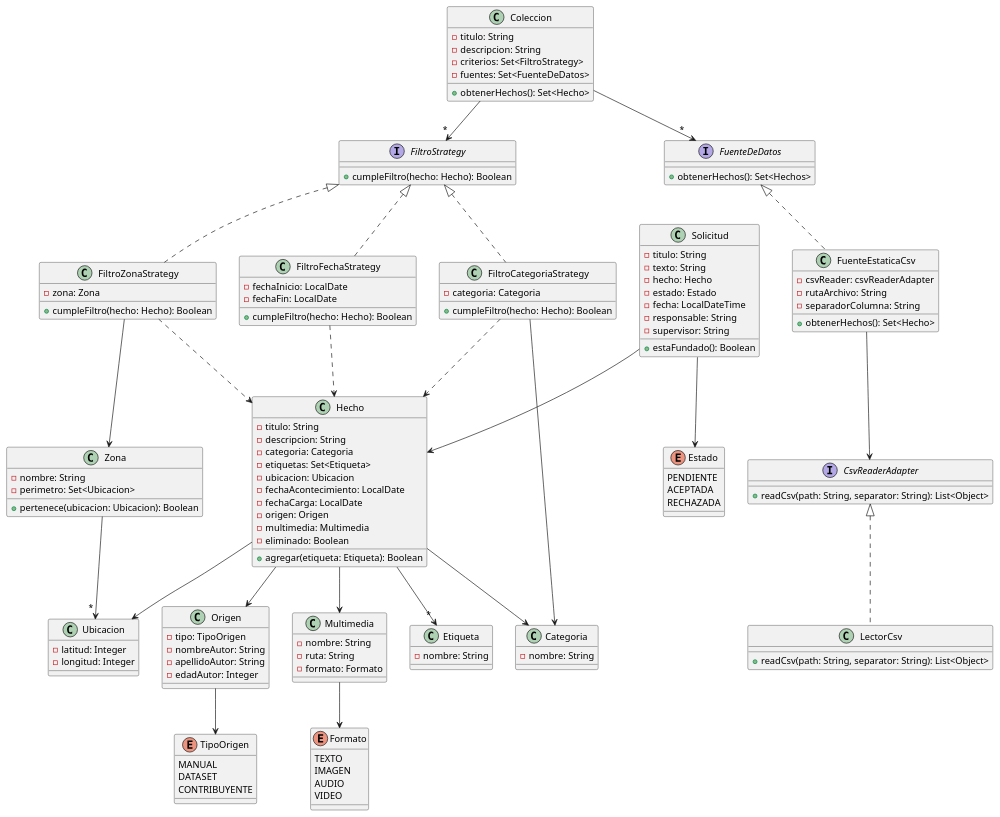
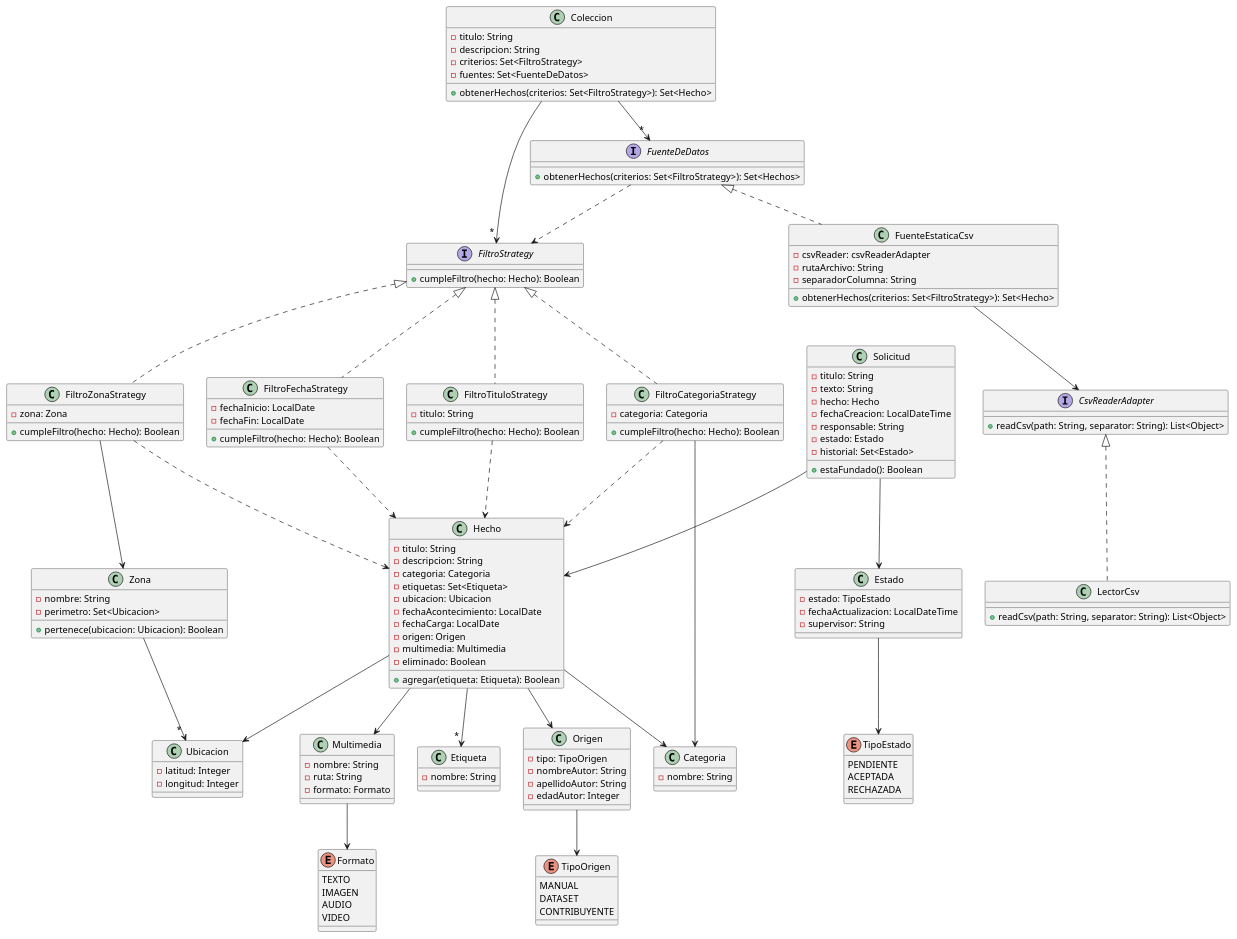
Before and after one commit to Leo-de-Riv3r/2025-tpa-ma-ma-grupo-02-deploy: the diagram in docs/diagrama_de_clases.puml, drawn with PlantUML.

Commit message:
añado historial estado para solicitud

```diff
--- a/docs/diagrama_de_clases.puml
+++ b/docs/diagrama_de_clases.puml
@@ -10,154 +10,170 @@
 @startuml
 'https://plantuml.com/class-diagram
 
 Multimedia --> Formato
 
 Hecho --> Categoria
 Hecho --> " * " Etiqueta
 Hecho --> Ubicacion
 Hecho --> Origen
 Hecho --> Multimedia
 
 Zona --> " * " Ubicacion
 
 Origen --> TipoOrigen
 
 FiltroZonaStrategy --> Zona
 FiltroCategoriaStrategy --> Categoria
 
+FiltroTituloStrategy ..> Hecho
 FiltroCategoriaStrategy ..> Hecho
 FiltroFechaStrategy ..> Hecho
 FiltroZonaStrategy ..> Hecho
 
 Coleccion --> " * " FiltroStrategy
 Coleccion --> " * " FuenteDeDatos
 
+Estado --> TipoEstado
+
 Solicitud --> Hecho
 Solicitud --> Estado
+
+FuenteDeDatos ..> FiltroStrategy
 
 FuenteEstaticaCsv --> CsvReaderAdapter
 
 class Categoria {
     - nombre: String
 }
 
 class Etiqueta {
     - nombre: String
 }
 
 class Ubicacion {
     - latitud: Integer
     - longitud: Integer
 }
 
 class Origen {
     - tipo: TipoOrigen
     - nombreAutor: String
     - apellidoAutor: String
     - edadAutor: Integer
 }
 
 enum TipoOrigen {
     MANUAL
     DATASET
     CONTRIBUYENTE
 }
 
 enum Formato {
     TEXTO
     IMAGEN
     AUDIO
     VIDEO
 }
 
 class Multimedia {
     - nombre: String
     - ruta: String
     - formato: Formato
 }
 
 class Hecho {
     - titulo: String
     - descripcion: String
     - categoria: Categoria
     - etiquetas: Set<Etiqueta>
     - ubicacion: Ubicacion
     - fechaAcontecimiento: LocalDate
     - fechaCarga: LocalDate
     - origen: Origen
     - multimedia: Multimedia
     - eliminado: Boolean
     + agregar(etiqueta: Etiqueta): Boolean
 }
 
 class Zona {
     - nombre: String
     - perimetro: Set<Ubicacion>
     + pertenece(ubicacion: Ubicacion): Boolean
 }
 
 interface FuenteDeDatos {
-    + obtenerHechos(): Set<Hechos>
+    + obtenerHechos(criterios: Set<FiltroStrategy>): Set<Hechos>
 }
 
 class FuenteEstaticaCsv implements FuenteDeDatos {
     - csvReader: csvReaderAdapter
     - rutaArchivo: String
     - separadorColumna: String
-    + obtenerHechos(): Set<Hecho>
+    + obtenerHechos(criterios: Set<FiltroStrategy>): Set<Hecho>
 }
 
 interface FiltroStrategy {
+    + cumpleFiltro(hecho: Hecho): Boolean
+}
+
+class FiltroTituloStrategy implements FiltroStrategy {
+    - titulo: String
     + cumpleFiltro(hecho: Hecho): Boolean
 }
 
 class FiltroCategoriaStrategy implements FiltroStrategy {
     - categoria: Categoria
     + cumpleFiltro(hecho: Hecho): Boolean
 }
 
 class FiltroZonaStrategy implements FiltroStrategy {
     - zona: Zona
     + cumpleFiltro(hecho: Hecho): Boolean
 }
 
 class FiltroFechaStrategy implements FiltroStrategy {
     - fechaInicio: LocalDate
     - fechaFin: LocalDate
     + cumpleFiltro(hecho: Hecho): Boolean
 }
 
 class Coleccion {
     - titulo: String
     - descripcion: String
     - criterios: Set<FiltroStrategy>
     - fuentes: Set<FuenteDeDatos>
-    + obtenerHechos(): Set<Hecho>
+    + obtenerHechos(criterios: Set<FiltroStrategy>): Set<Hecho>
 }
 
-enum Estado {
+enum TipoEstado {
     PENDIENTE
     ACEPTADA
     RECHAZADA
+}
+
+class Estado {
+   - estado: TipoEstado
+   - fechaActualizacion: LocalDateTime
+   - supervisor: String
 }
 
 class Solicitud {
    - titulo: String
    - texto: String
    - hecho: Hecho
+   - fechaCreacion: LocalDateTime
+   - responsable: String
    - estado: Estado
-   - fecha: LocalDateTime
-   - responsable: String
-   - supervisor: String
+   - historial: Set<Estado>
    + estaFundado(): Boolean
 }
 
 class LectorCsv implements CsvReaderAdapter {
     + readCsv(path: String, separator: String): List<Object>
 }
 
 interface CsvReaderAdapter {
     + readCsv(path: String, separator: String): List<Object>
 }
 
 @enduml
```
